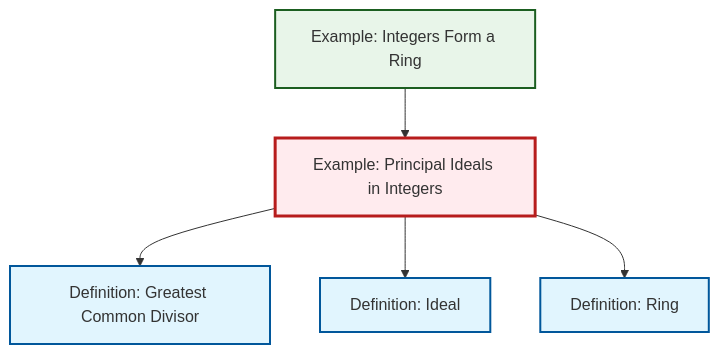
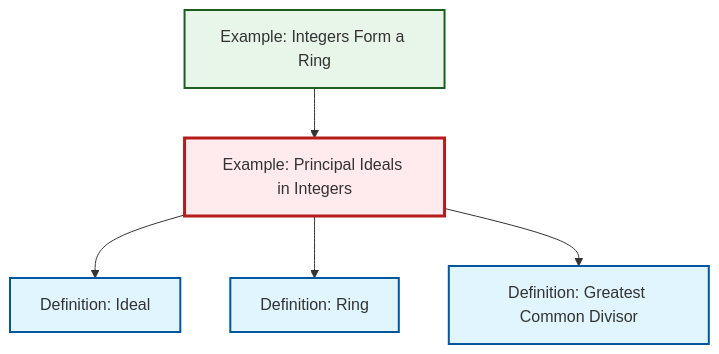
One commit to RK0429/ModernMath changed the diagram in content/ja/algebra/ex-principal-ideal.qmd. Above: the diagram before and after it, drawn with Mermaid. The commit also changed other lines of this file and 491 other files, not shown here.

````diff
--- a/content/ja/algebra/ex-principal-ideal.qmd
+++ b/content/ja/algebra/ex-principal-ideal.qmd
@@ -64,23 +64,23 @@
 ```{mermaid}
 %%| fig-cap: "Local dependency graph"
 graph TD
     classDef definition fill:#e1f5fe,stroke:#01579b,stroke-width:2px
     classDef theorem fill:#f3e5f5,stroke:#4a148c,stroke-width:2px
     classDef axiom fill:#fff3e0,stroke:#e65100,stroke-width:2px
     classDef example fill:#e8f5e9,stroke:#1b5e20,stroke-width:2px
     classDef current fill:#ffebee,stroke:#b71c1c,stroke-width:3px
+    def-gcd["Definition: Greatest Common Divisor"]:::definition
+    ex-principal-ideal["Example: Principal Ideals in Integers"]:::example
     def-ideal["Definition: Ideal"]:::definition
-    def-gcd["Definition: Greatest Common Divisor"]:::definition
+    def-ring["Definition: Ring"]:::definition
     ex-integers-ring["Example: Integers Form a Ring"]:::example
-    def-ring["Definition: Ring"]:::definition
-    ex-principal-ideal["Example: Principal Ideals in Integers"]:::example
+    ex-principal-ideal --> def-ideal
+    ex-principal-ideal --> def-ring
     ex-integers-ring --> ex-principal-ideal
     ex-principal-ideal --> def-gcd
-    ex-principal-ideal --> def-ideal
-    ex-principal-ideal --> def-ring
     class ex-principal-ideal current
+    click def-gcd "def-gcd.html" "Definition: Greatest Common Divisorへ"
     click def-ideal "def-ideal.html" "Definition: Idealへ"
-    click def-gcd "def-gcd.html" "Definition: Greatest Common Divisorへ"
+    click def-ring "def-ring.html" "Definition: Ringへ"
     click ex-integers-ring "ex-integers-ring.html" "Example: Integers Form a Ringへ"
-    click def-ring "def-ring.html" "Definition: Ringへ"
 ```
````
